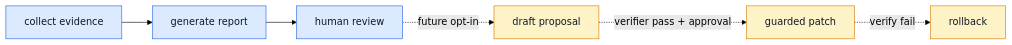
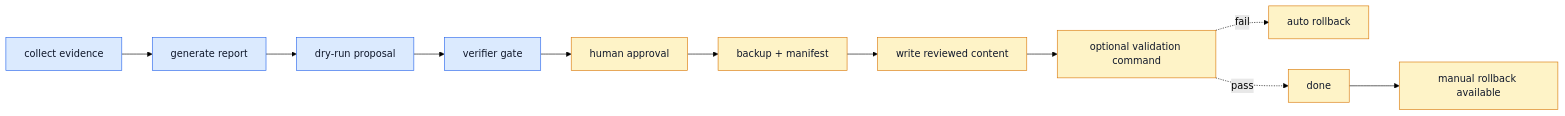
Before and after one commit to pingchesu/hermes-curator-evolver: the second of 2 diagrams in docs/architecture.md, drawn with Mermaid (forest theme). The commit also changed other lines of this file and 14 other files, not shown here.

Commit message:
feat: complete curator evolver roadmap

````diff
--- a/docs/architecture.md
+++ b/docs/architecture.md
@@ -64,13 +64,18 @@
 ```mermaid
 flowchart LR
     Evidence[collect evidence] --> Report[generate report]
-    Report --> Review[human review]
-    Review -. future opt-in .-> Proposal[draft proposal]
-    Proposal -. verifier pass + approval .-> Patch[guarded patch]
-    Patch -. verify fail .-> Rollback[rollback]
+    Report --> Proposal[dry-run proposal]
+    Proposal --> Verify[verifier gate]
+    Verify --> Approval[human approval]
+    Approval --> Backup[backup + manifest]
+    Backup --> Patch[write reviewed content]
+    Patch --> Validate[optional validation command]
+    Validate -. fail .-> AutoRollback[auto rollback]
+    Validate -. pass .-> Done[done]
+    Done --> ManualRollback[manual rollback available]
 
-    classDef current fill:#dbeafe,stroke:#2563eb,color:#0f172a;
-    classDef future fill:#fef3c7,stroke:#d97706,color:#0f172a;
-    class Evidence,Report,Review current;
-    class Proposal,Patch,Rollback future;
+    classDef readonly fill:#dbeafe,stroke:#2563eb,color:#0f172a;
+    classDef guarded fill:#fef3c7,stroke:#d97706,color:#0f172a;
+    class Evidence,Report,Proposal,Verify readonly;
+    class Approval,Backup,Patch,Validate,AutoRollback,Done,ManualRollback guarded;
 ```
````
